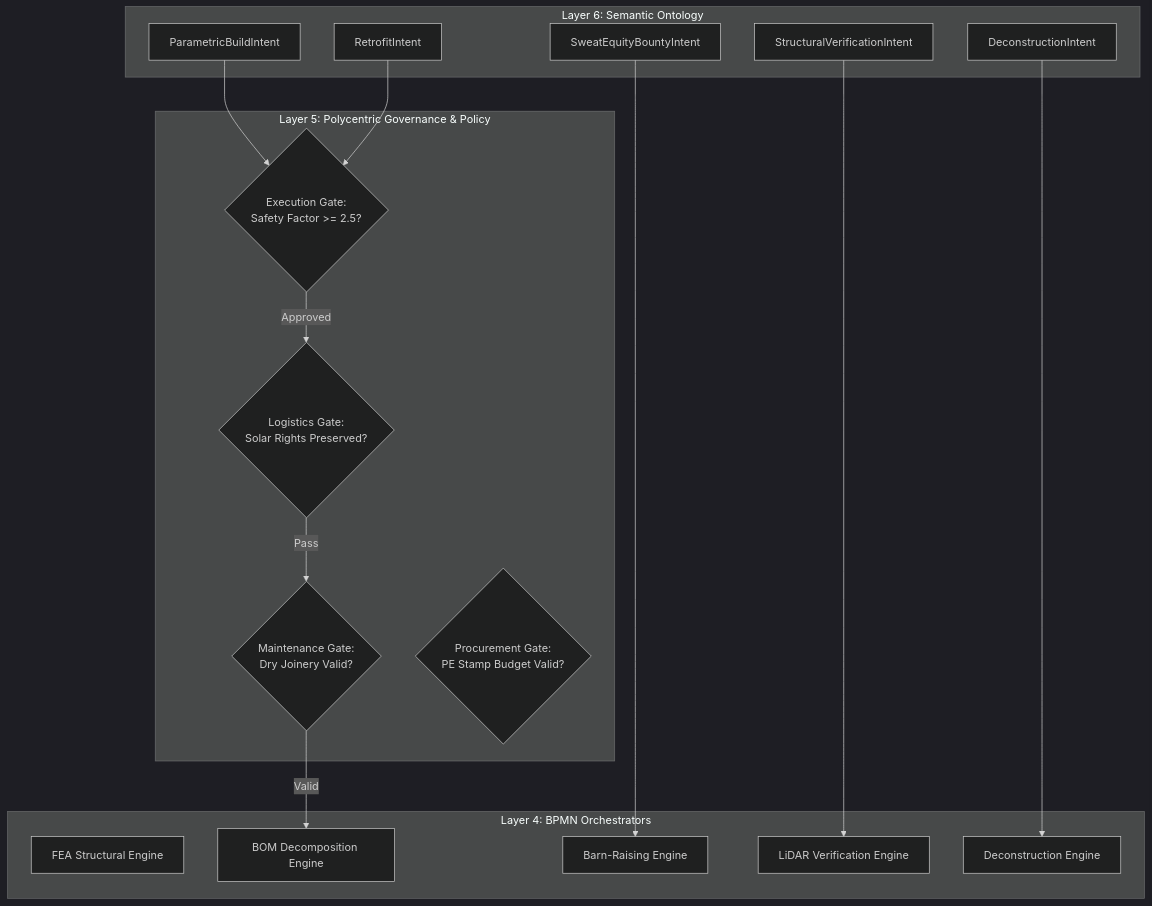
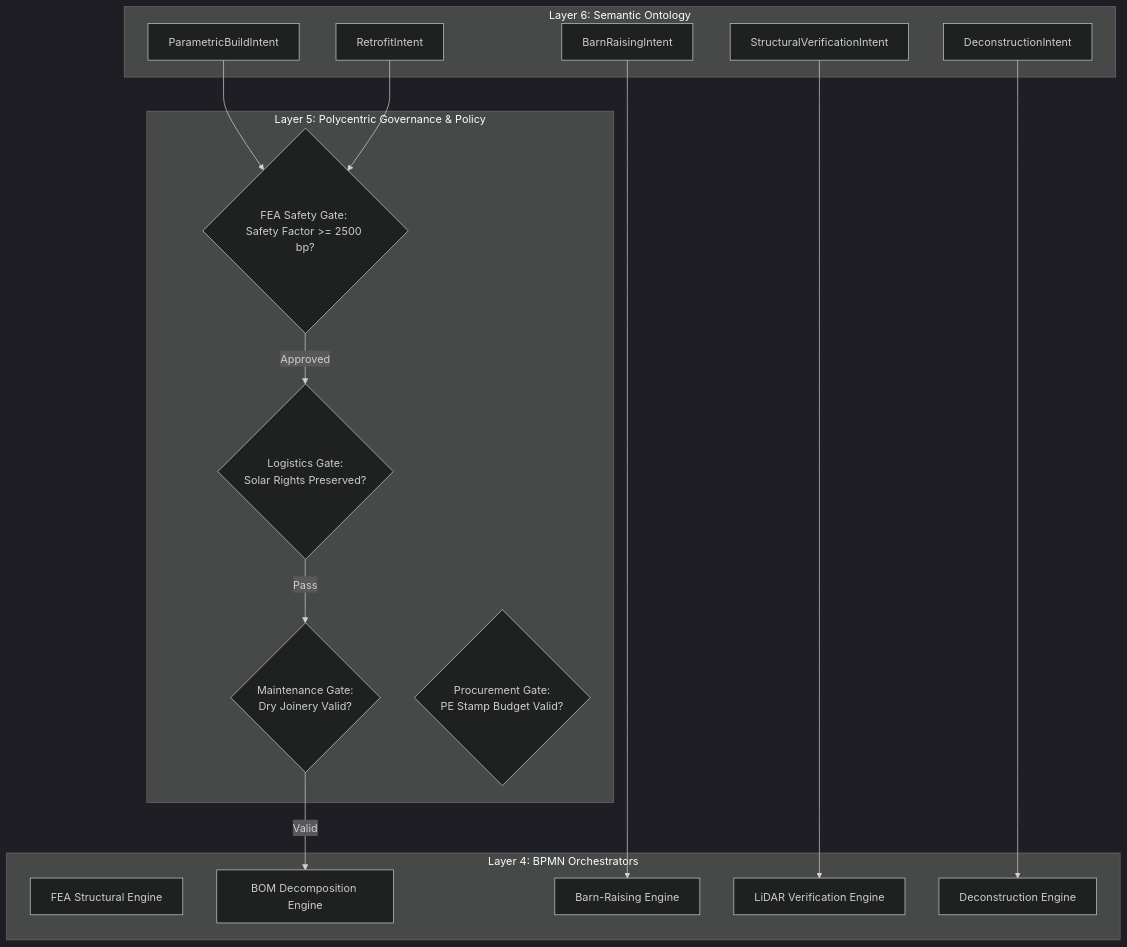
Before and after one commit to raffaine/collective: the third of 4 diagrams in docs/scenarios/xi_architecture.md, drawn with Mermaid (dark theme). The commit also changed other lines of this file and 23 other files, not shown here.

````diff
--- a/docs/scenarios/xi_architecture.md
+++ b/docs/scenarios/xi_architecture.md
@@ -113,36 +135,36 @@
 ```mermaid
 graph TD
     subgraph Layer 6: Semantic Ontology
         L6_Build[ParametricBuildIntent]
         L6_Retro[RetrofitIntent]
-        L6_Labor[SweatEquityBountyIntent]
+        L6_Raise[BarnRaisingIntent]
         L6_Verify[StructuralVerificationIntent]
         L6_Decon[DeconstructionIntent]
     end
 
     subgraph Layer 5: Polycentric Governance & Policy
-        P_FEA{Execution Gate: <br>Safety Factor >= 2.5?}
+        P_FEA{FEA Safety Gate: <br>Safety Factor >= 2500 bp?}
         P_Solar{Logistics Gate: <br>Solar Rights Preserved?}
         P_Decon{Maintenance Gate: <br>Dry Joinery Valid?}
         P_PE{Procurement Gate: <br>PE Stamp Budget Valid?}
     end
 
     subgraph Layer 4: BPMN Orchestrators
         BPMN_Sim[FEA Structural Engine]
         BPMN_BOM[BOM Decomposition Engine]
         BPMN_Raise[Barn-Raising Engine]
         BPMN_Scan[LiDAR Verification Engine]
         BPMN_Demount[Deconstruction Engine]
     end
 
     %% Routing
     L6_Build --> P_FEA
     P_FEA -->|Approved| P_Solar
     P_Solar -->|Pass| P_Decon
     P_Decon -->|Valid| BPMN_BOM
     
     L6_Retro --> P_FEA
-    L6_Labor --> BPMN_Raise
+    L6_Raise --> BPMN_Raise
     L6_Verify --> BPMN_Scan
     L6_Decon --> BPMN_Demount
 ```
````
